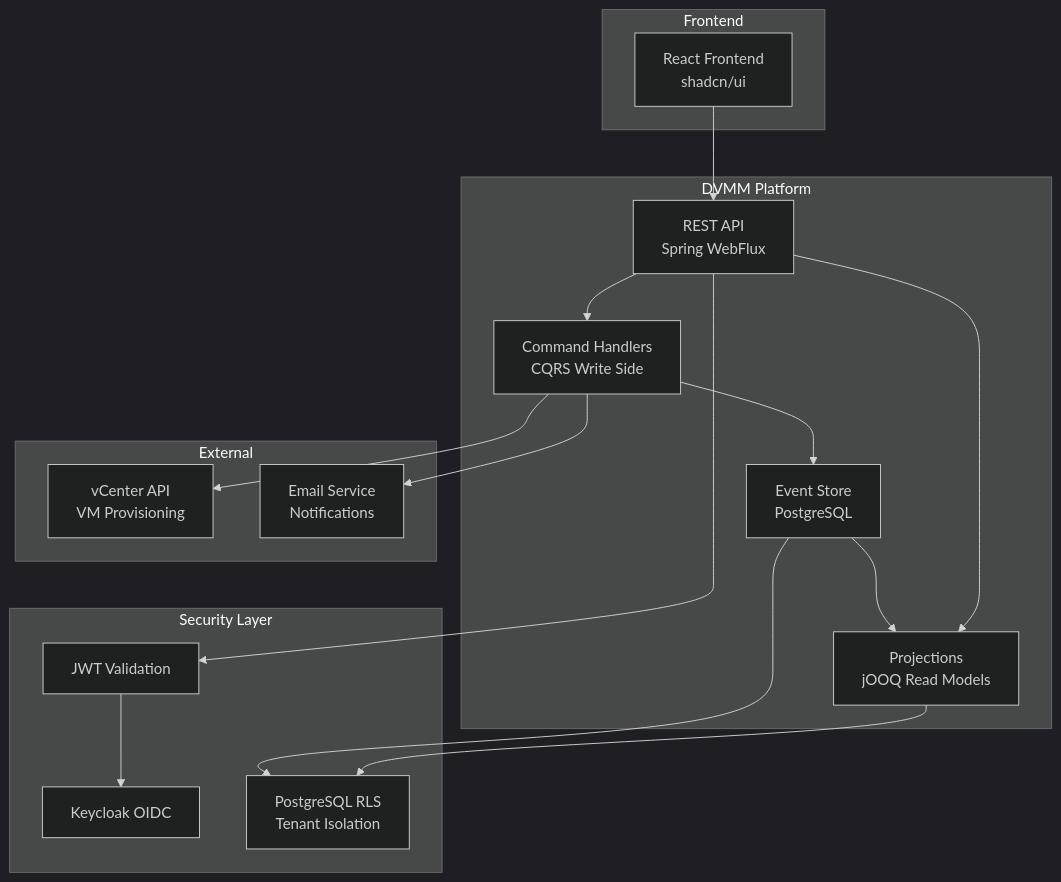
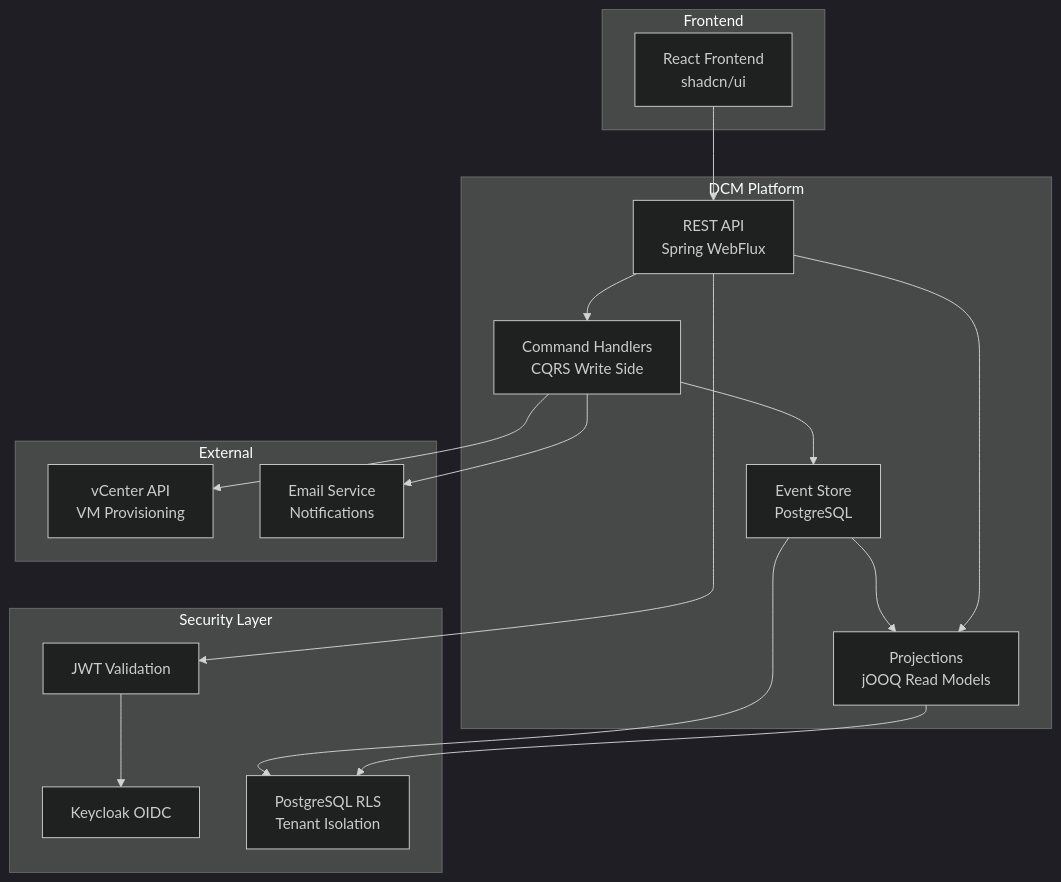
Before and after one commit to acita-gmbh/eaf: the diagram in README.md, drawn with Mermaid (dark theme). The commit also changed other lines of this file and 741 other files, not shown here.

First line of the commit message:
Rename DVMM product to DCM and update packages (#105)

````diff
--- a/README.md
+++ b/README.md
@@ -63,39 +63,39 @@
 ```mermaid
 graph TD
     subgraph Frontend
         UI[React Frontend<br/>shadcn/ui]
     end
 
-    subgraph DVMM Platform
+    subgraph DCM Platform
         API[REST API<br/>Spring WebFlux]
         CMD[Command Handlers<br/>CQRS Write Side]
         EVT[Event Store<br/>PostgreSQL]
         PROJ[Projections<br/>jOOQ Read Models]
 
         API --> CMD
         CMD --> EVT
         EVT --> PROJ
         API --> PROJ
     end
 
     subgraph Security Layer
         KC[Keycloak OIDC]
         JWT[JWT Validation]
         RLS[PostgreSQL RLS<br/>Tenant Isolation]
 
         API --> JWT
         JWT --> KC
         EVT --> RLS
         PROJ --> RLS
     end
 
     subgraph External
         VC[vCenter API<br/>VM Provisioning]
         MAIL[Email Service<br/>Notifications]
 
         CMD --> VC
         CMD --> MAIL
     end
 
     UI --> API
 ```
````
